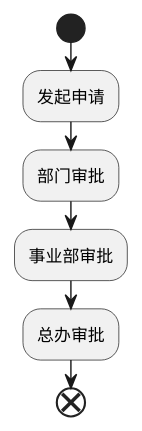
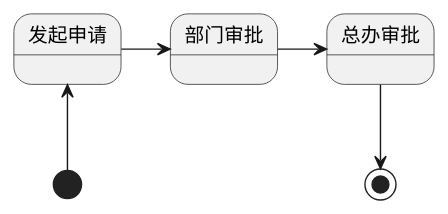
One commit to nemoworks/enkrinojs changed the diagram in docs/diagrams/flow1.puml. Above: the diagram before and after it, drawn with PlantUML. The commit also changed other lines of this file, not shown here.

Commit message:
change to state diagram

```diff
--- a/docs/diagrams/flow1.puml
+++ b/docs/diagrams/flow1.puml
@@ -1,8 +1,6 @@
 @startuml
-start
-:发起申请;
-:部门审批;
-:事业部审批;
-:总办审批;
-end
+[*] -up-> 发起申请
+发起申请 -right-> 部门审批
+部门审批 -right-> 总办审批
+总办审批 -down-> [*]
 @enduml
```
